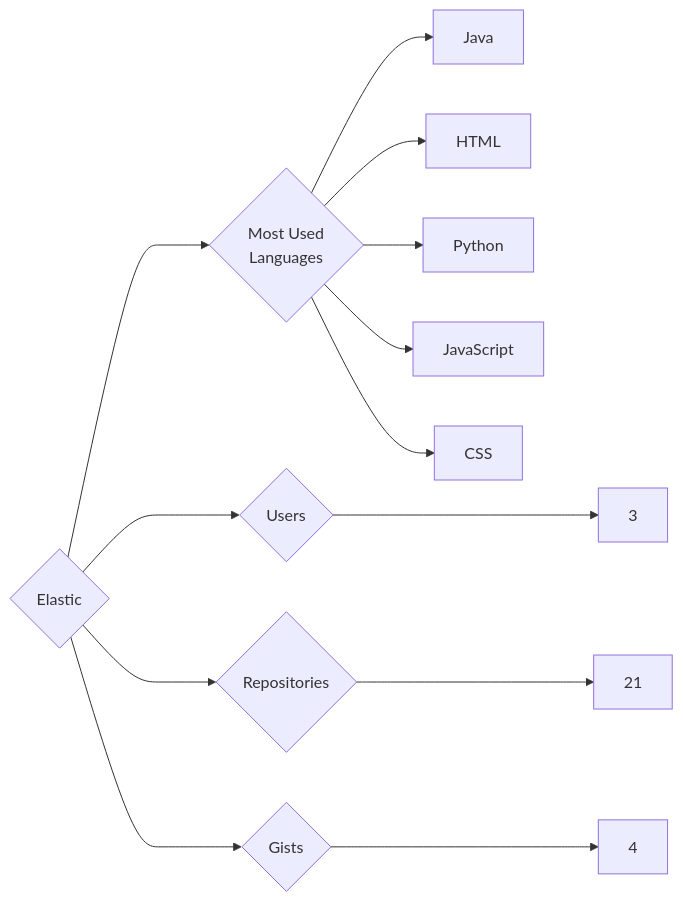
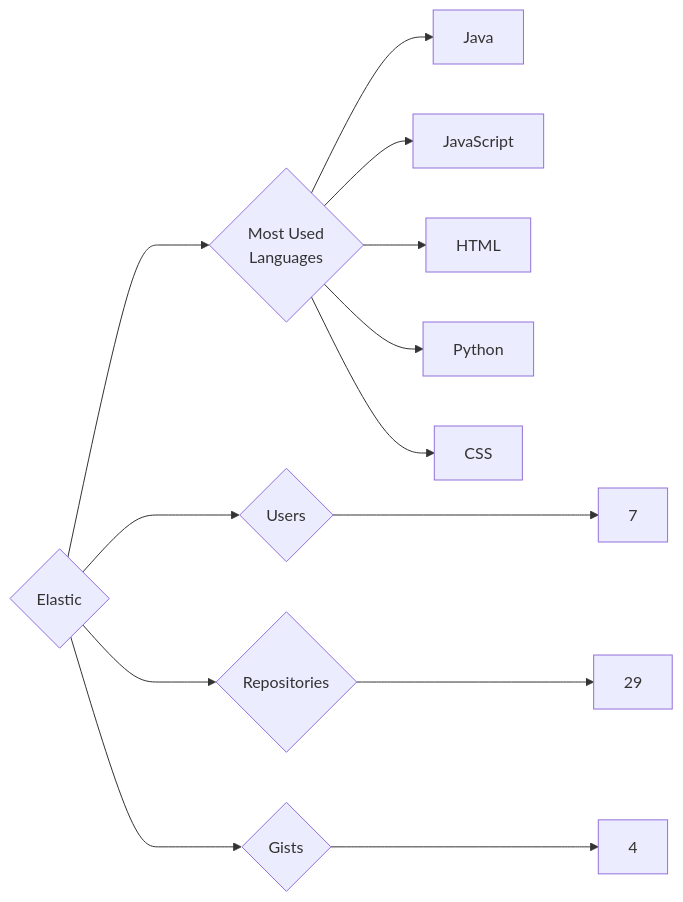
Before and after one commit to trickest/insiders: the diagram in targets/Elastic/README.md, drawn with Mermaid. The commit also changed 815 other files, not shown here.

````diff
--- a/targets/Elastic/README.md
+++ b/targets/Elastic/README.md
@@ -3,13 +3,13 @@
 ```mermaid
 graph LR
 COMPANY_NAME{Elastic}
-COMPANY_NAME ---> U{Users} ---> UN[3]
-COMPANY_NAME ---> R{Repositories} ---> RN[21]
+COMPANY_NAME ---> U{Users} ---> UN[7]
+COMPANY_NAME ---> R{Repositories} ---> RN[29]
 COMPANY_NAME ---> G{Gists} ---> GN[4]
 COMPANY_NAME ---> ML{Most Used<br>Languages}
 ML --> Java[Java]
+ML --> JavaScript[JavaScript]
 ML --> HTML[HTML]
 ML --> Python[Python]
-ML --> JavaScript[JavaScript]
 ML --> CSS[CSS]
 ```
````
